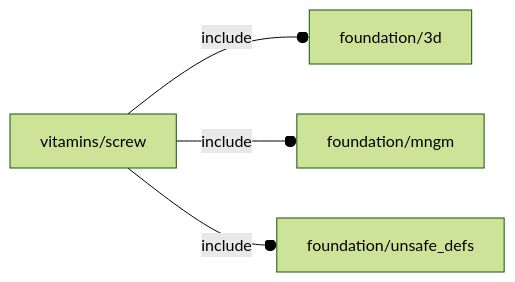
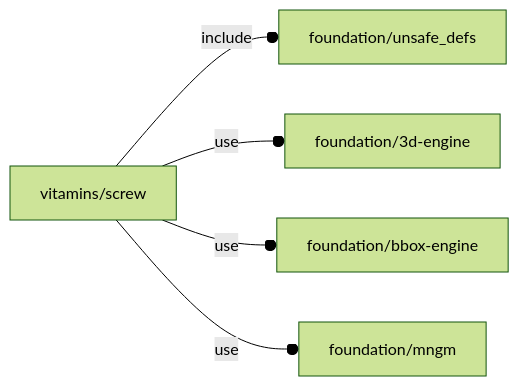
The diagram in orthodocs/vitamins/screw.md (ggabbiani/OFL), drawn with Mermaid (forest theme) before and after one commit. The commit also changed 74 other files, not shown here.

````diff
--- a/orthodocs/vitamins/screw.md
+++ b/orthodocs/vitamins/screw.md
@@ -5,6 +5,7 @@
 ```mermaid
 graph LR
-    A1[vitamins/screw] --o|include| A2[foundation/3d]
-    A1 --o|include| A3[foundation/mngm]
-    A1 --o|include| A4[foundation/unsafe_defs]
+    A1[vitamins/screw] --o|include| A2[foundation/unsafe_defs]
+    A1 --o|use| A3[foundation/3d-engine]
+    A1 --o|use| A4[foundation/bbox-engine]
+    A1 --o|use| A5[foundation/mngm]
 ```
````
